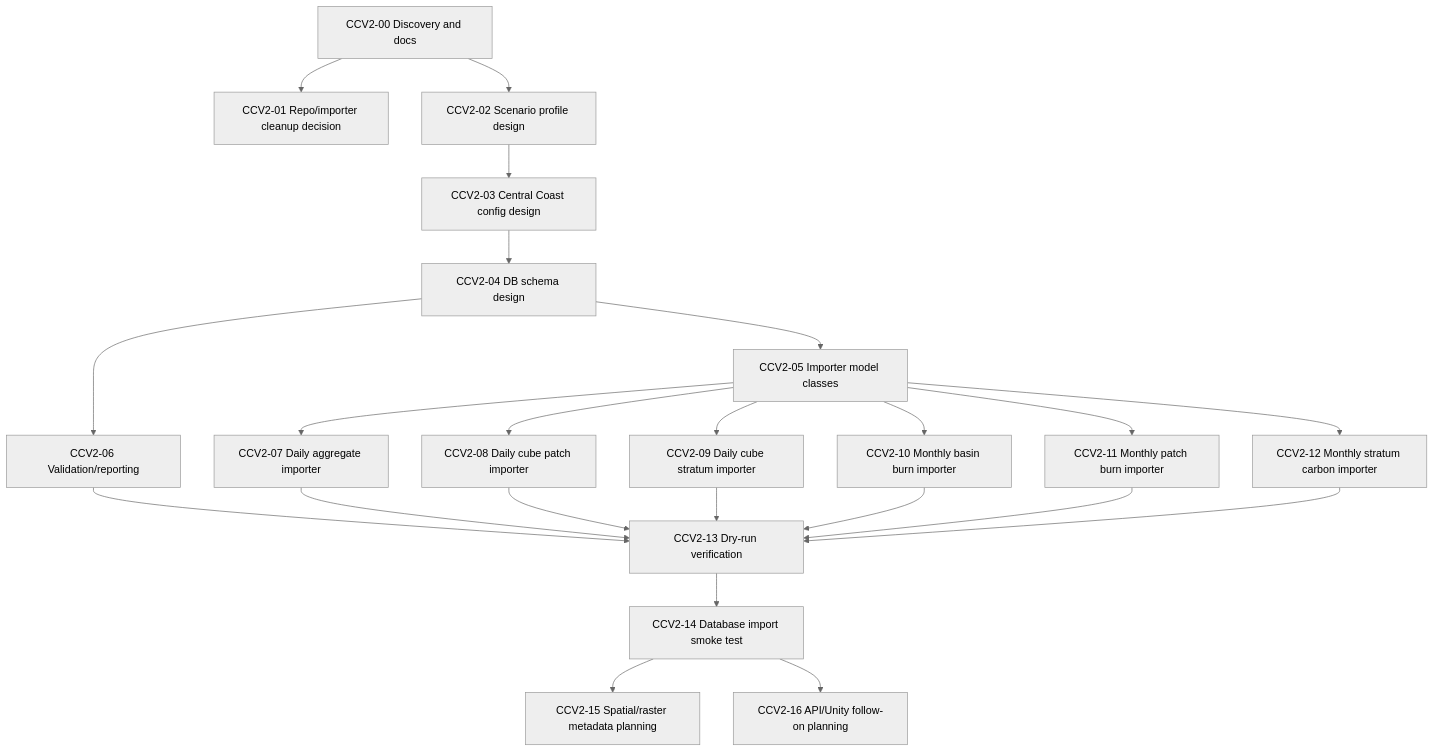
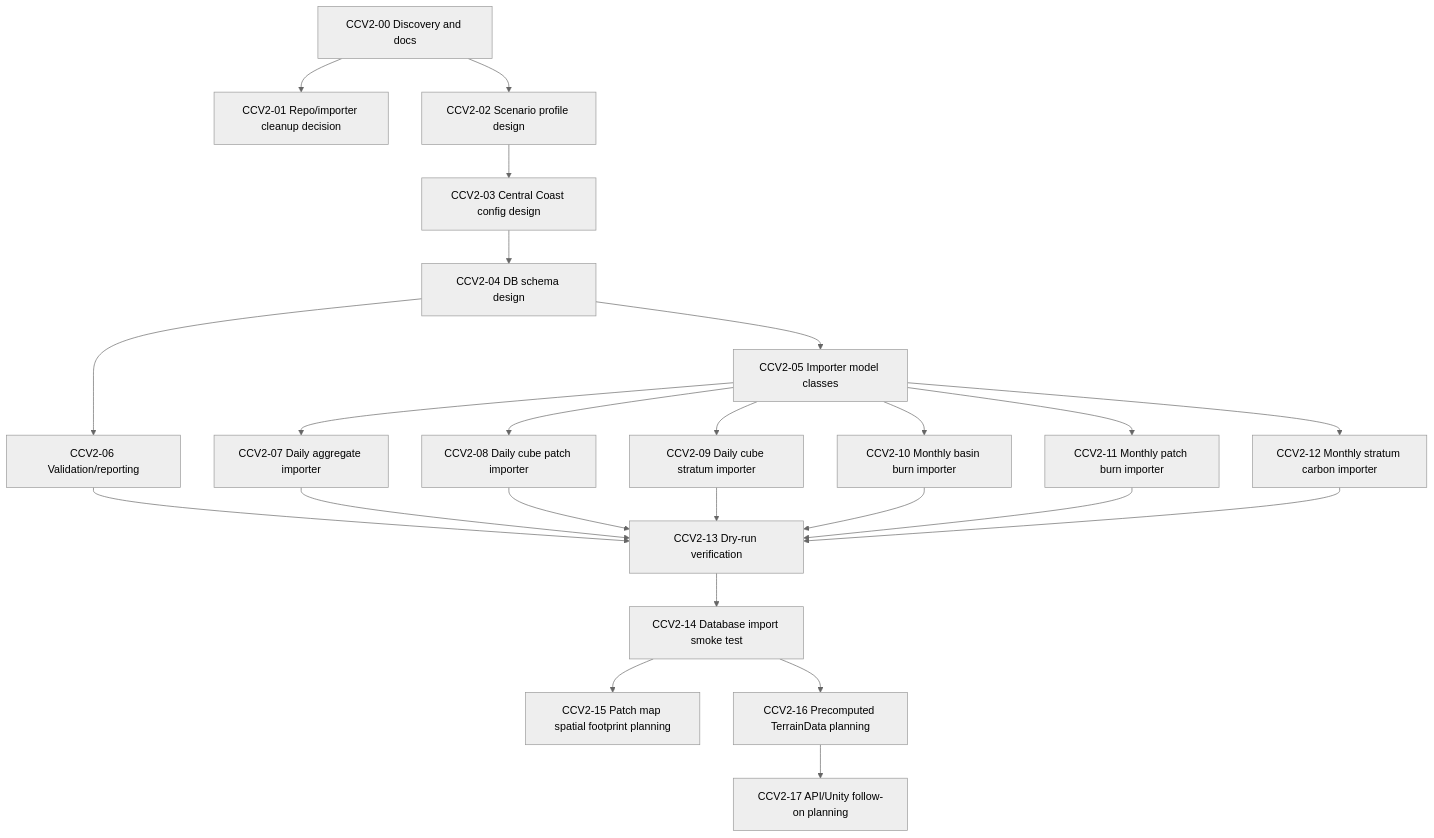
Before and after one commit to spatialized/FutureMountain: the diagram in Tasks/CentralCoastV2_Importer_TaskGraph.md, drawn with Mermaid (neutral theme). The commit also changed other lines of this file, not shown here.

````diff
--- a/Tasks/CentralCoastV2_Importer_TaskGraph.md
+++ b/Tasks/CentralCoastV2_Importer_TaskGraph.md
@@ -54,43 +55,45 @@
 ```mermaid
 flowchart TD
   CCV2_00["CCV2-00 Discovery and docs"]
   CCV2_01["CCV2-01 Repo/importer cleanup decision"]
   CCV2_02["CCV2-02 Scenario profile design"]
   CCV2_03["CCV2-03 Central Coast config design"]
   CCV2_04["CCV2-04 DB schema design"]
   CCV2_05["CCV2-05 Importer model classes"]
   CCV2_06["CCV2-06 Validation/reporting"]
   CCV2_07["CCV2-07 Daily aggregate importer"]
   CCV2_08["CCV2-08 Daily cube patch importer"]
   CCV2_09["CCV2-09 Daily cube stratum importer"]
   CCV2_10["CCV2-10 Monthly basin burn importer"]
   CCV2_11["CCV2-11 Monthly patch burn importer"]
   CCV2_12["CCV2-12 Monthly stratum carbon importer"]
   CCV2_13["CCV2-13 Dry-run verification"]
   CCV2_14["CCV2-14 Database import smoke test"]
-  CCV2_15["CCV2-15 Spatial/raster metadata planning"]
-  CCV2_16["CCV2-16 API/Unity follow-on planning"]
+  CCV2_15["CCV2-15 Patch map spatial footprint planning"]
+  CCV2_16["CCV2-16 Precomputed TerrainData planning"]
+  CCV2_17["CCV2-17 API/Unity follow-on planning"]
 
   CCV2_00 --> CCV2_01
   CCV2_00 --> CCV2_02
   CCV2_02 --> CCV2_03
   CCV2_03 --> CCV2_04
   CCV2_04 --> CCV2_05
   CCV2_04 --> CCV2_06
   CCV2_05 --> CCV2_07
   CCV2_05 --> CCV2_08
   CCV2_05 --> CCV2_09
   CCV2_05 --> CCV2_10
   CCV2_05 --> CCV2_11
   CCV2_05 --> CCV2_12
   CCV2_06 --> CCV2_13
   CCV2_07 --> CCV2_13
   CCV2_08 --> CCV2_13
   CCV2_09 --> CCV2_13
   CCV2_10 --> CCV2_13
   CCV2_11 --> CCV2_13
   CCV2_12 --> CCV2_13
   CCV2_13 --> CCV2_14
   CCV2_14 --> CCV2_15
   CCV2_14 --> CCV2_16
+  CCV2_16 --> CCV2_17
 ```
````
